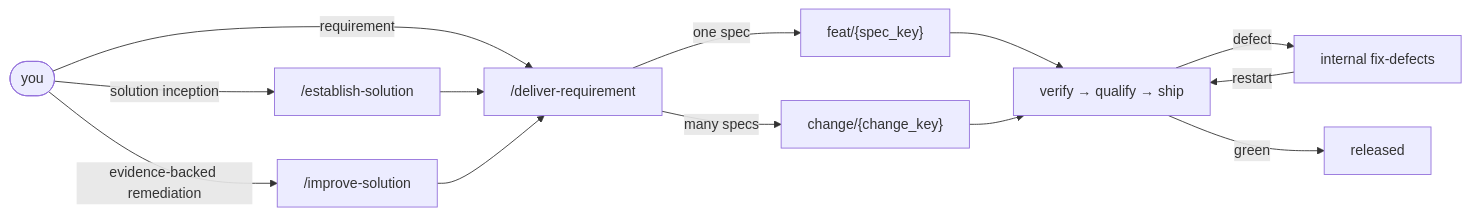
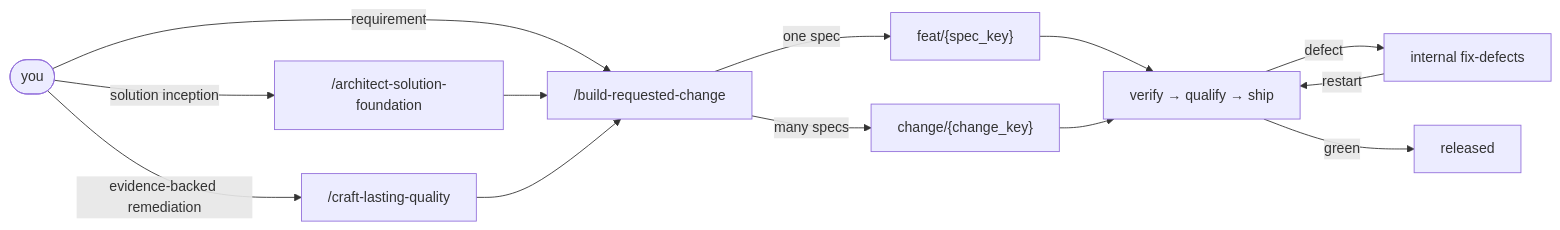
One commit to AIDDbot/AIDDbot changed the diagram in docs/AIDD.workflow.md. Above: the diagram before and after it, drawn with Mermaid. The commit also changed other lines of this file and 17 other files, not shown here.

````diff
--- a/docs/AIDD.workflow.md
+++ b/docs/AIDD.workflow.md
@@ -27,15 +27,15 @@
 ```mermaid
 flowchart LR
-  YOU([you]) -->|solution inception| ESTABLISH["/establish-solution"]
-  YOU -->|requirement| DELIVER["/deliver-requirement"]
-  YOU -->|evidence-backed remediation| IMPROVE["/improve-solution"]
+  YOU([you]) -->|solution inception| ESTABLISH["/architect-solution-foundation"]
+  YOU -->|requirement| DELIVER["/build-requested-change"]
+  YOU -->|evidence-backed remediation| IMPROVE["/craft-lasting-quality"]
   ESTABLISH --> DELIVER
   IMPROVE --> DELIVER
   DELIVER -->|one spec| FEAT["feat/{spec_key}"]
   DELIVER -->|many specs| CHANGE["change/{change_key}"]
   FEAT --> REVIEW["verify → qualify → ship"]
   CHANGE --> REVIEW
   REVIEW -->|defect| FIX["internal fix-defects"]
   FIX -->|restart| REVIEW
   REVIEW -->|green| RELEASED[released]
 ```
````
